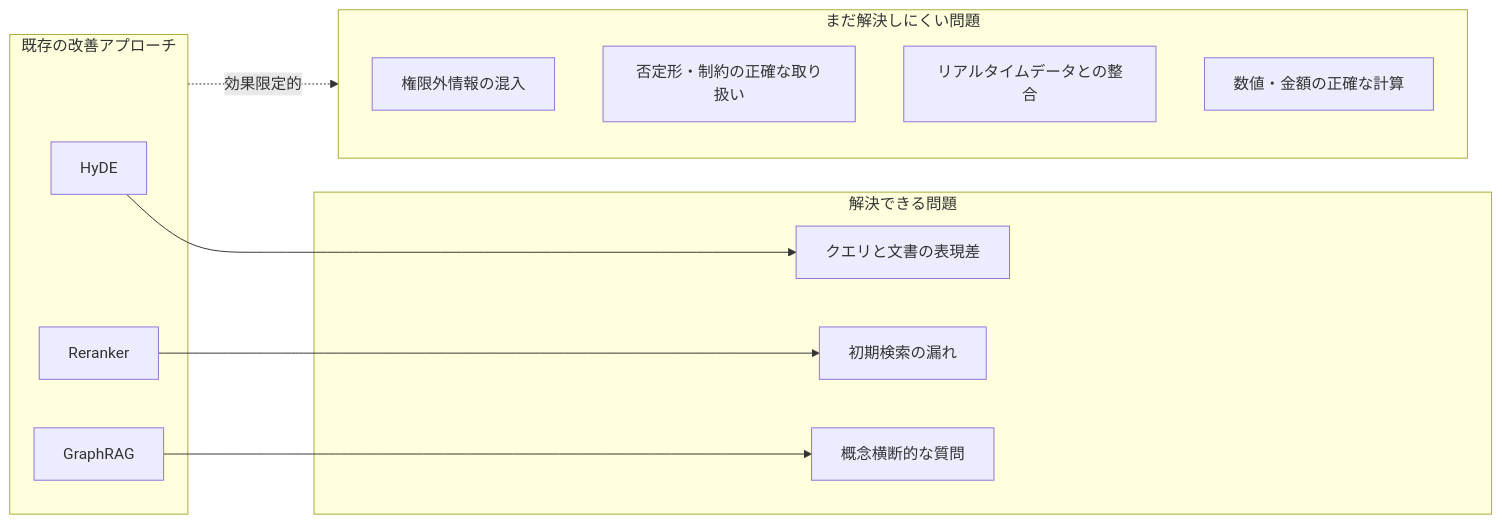
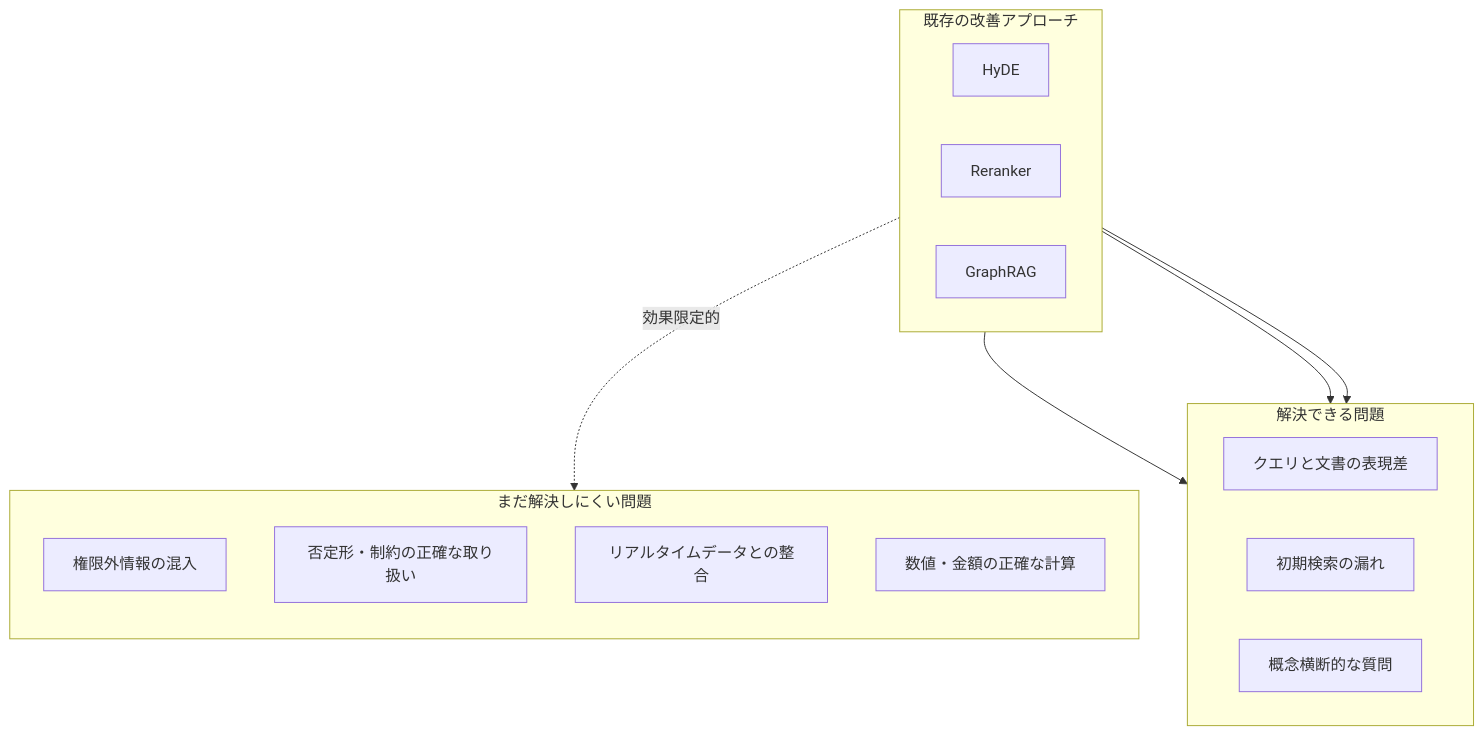
One commit to DevRev-JP/tech-blog changed the fifth of 6 diagrams in books/knowledge-graph-llm-guide/llm-rag-limitations.md. Above: the diagram before and after it, drawn with Mermaid. The commit also changed 3 other files, not shown here.

Commit message:
Update knowledge-graph-llm-guide: Mermaid図の文字重なりを解消するレイアウト調整 (#17)

````diff
--- a/books/knowledge-graph-llm-guide/llm-rag-limitations.md
+++ b/books/knowledge-graph-llm-guide/llm-rag-limitations.md
@@ -572,27 +572,30 @@
 ```mermaid
-graph LR
+flowchart TB
     subgraph TOOLS["既存の改善アプローチ"]
+        direction LR
         H[HyDE]
         R[Reranker]
         GR[GraphRAG]
     end
 
     subgraph PROBLEMS["解決できる問題"]
+        direction LR
         P1[クエリと文書の表現差]
         P2[初期検索の漏れ]
         P3[概念横断的な質問]
     end
 
     subgraph UNSOLVED["まだ解決しにくい問題"]
+        direction TB
         U1[権限外情報の混入]
         U2[否定形・制約の正確な取り扱い]
         U3[リアルタイムデータとの整合]
         U4[数値・金額の正確な計算]
     end
 
     H --> P1
     R --> P2
     GR --> P3
 
-    TOOLS -. "効果限定的" .-> UNSOLVED
+    TOOLS -.->|効果限定的| UNSOLVED
 ```
````
